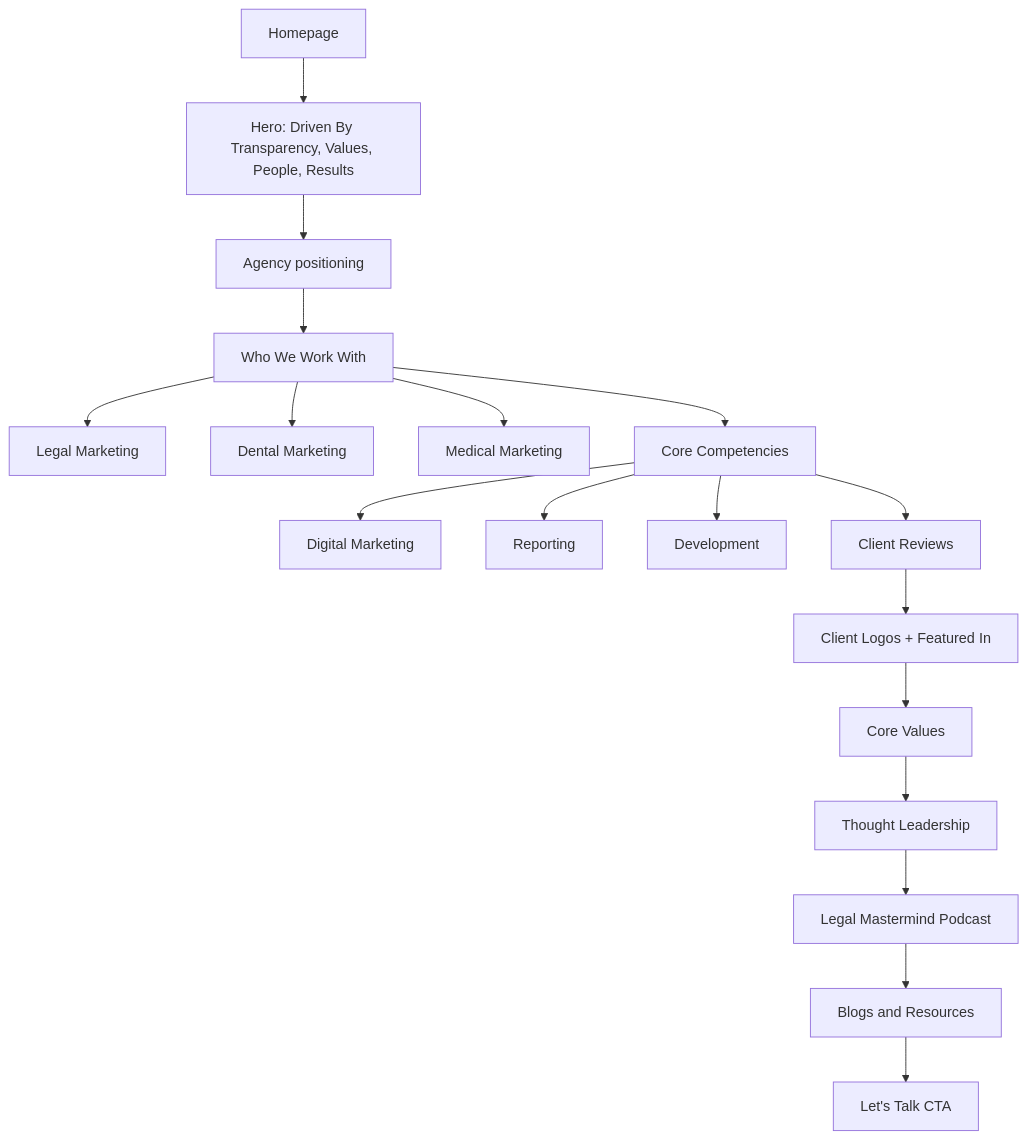
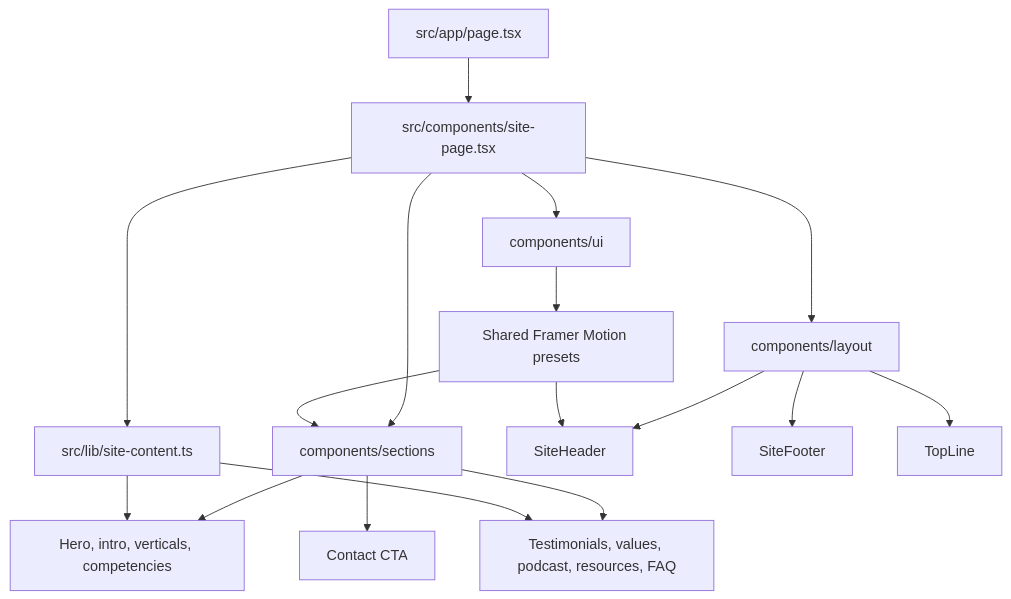
One commit to futurehelp/marketmymarket changed the first of 5 diagrams in README.md. Above: the diagram before and after it, drawn with Mermaid. The commit also changed other lines of this file and 54 other files, not shown here.

````diff
--- a/README.md
+++ b/README.md
@@ -23,20 +39,19 @@
 ```mermaid
 flowchart TD
-    A[Homepage] --> B[Hero: Driven By Transparency, Values, People, Results]
-    B --> C[Agency positioning]
-    C --> D[Who We Work With]
-    D --> D1[Legal Marketing]
-    D --> D2[Dental Marketing]
-    D --> D3[Medical Marketing]
-    D --> E[Core Competencies]
-    E --> E1[Digital Marketing]
-    E --> E2[Reporting]
-    E --> E3[Development]
-    E --> F[Client Reviews]
-    F --> G[Client Logos + Featured In]
-    G --> H[Core Values]
-    H --> I[Thought Leadership]
-    I --> J[Legal Mastermind Podcast]
-    J --> K[Blogs and Resources]
-    K --> L[Let's Talk CTA]
+    Route[src/app/page.tsx] --> Page[src/components/site-page.tsx]
+    Page --> Layout[components/layout]
+    Page --> Sections[components/sections]
+    Page --> UI[components/ui]
+    Page --> Content[src/lib/site-content.ts]
+    Layout --> Header[SiteHeader]
+    Layout --> Footer[SiteFooter]
+    Layout --> Utility[TopLine]
+    Sections --> Primary[Hero, intro, verticals, competencies]
+    Sections --> Experience[Testimonials, values, podcast, resources, FAQ]
+    Sections --> Conversion[Contact CTA]
+    UI --> Motion[Shared Framer Motion presets]
+    Content --> Primary
+    Content --> Experience
+    Motion --> Header
+    Motion --> Sections
 ```
````
